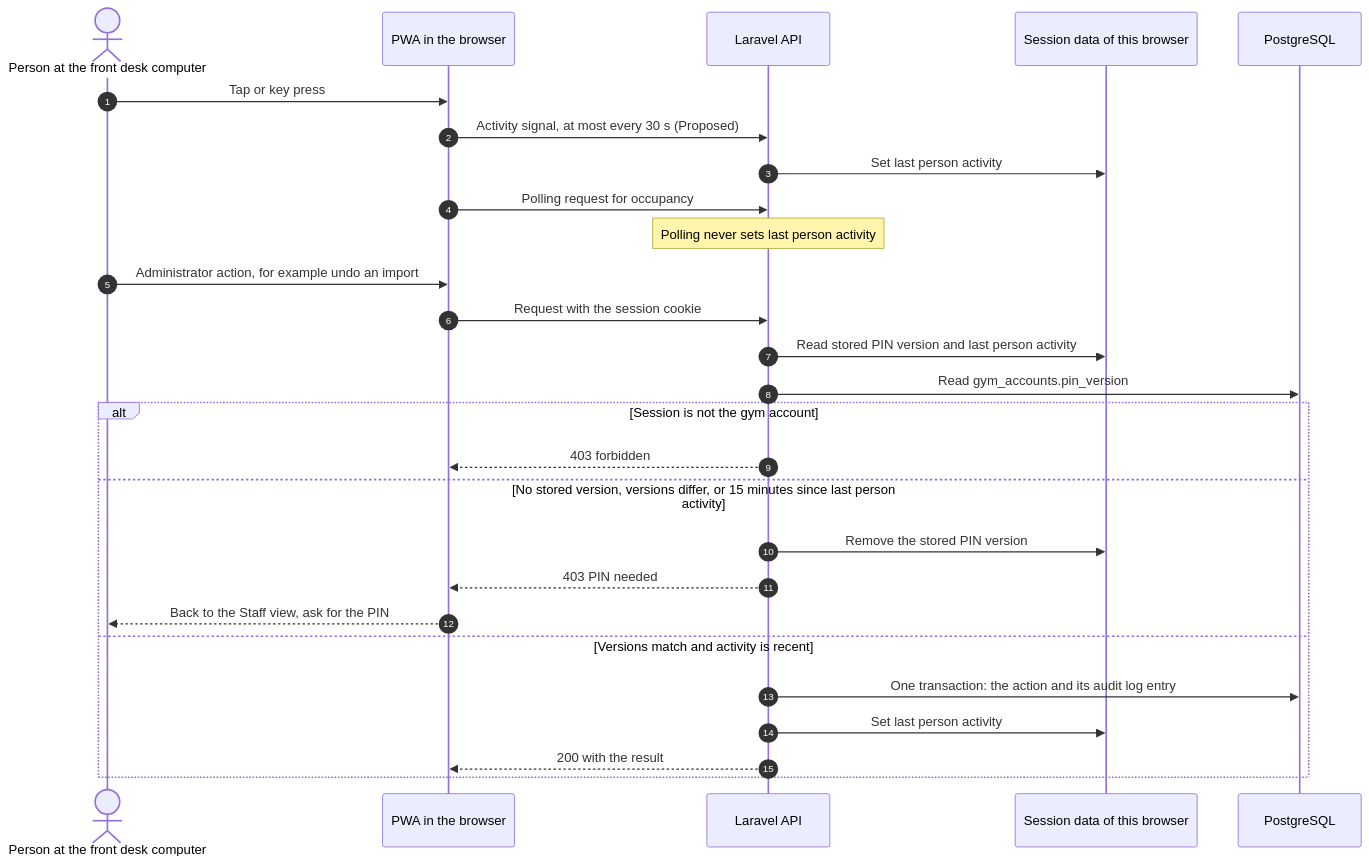
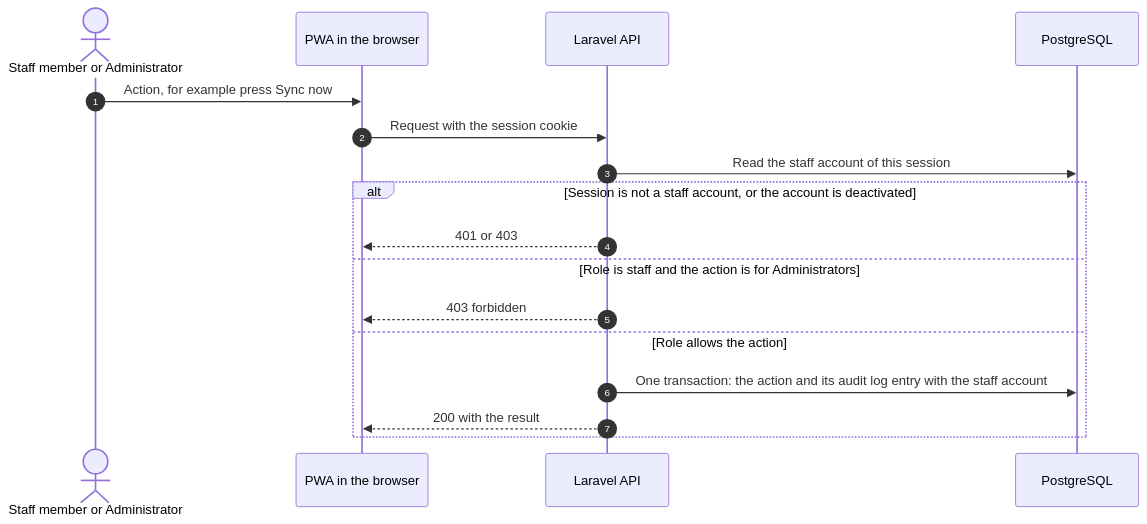
One commit to Th3-Minorities/natatorio-gym-app changed the second of 17 diagrams in docs/design/admin-flows.md. Above: the diagram before and after it, drawn with Mermaid. The commit also changed other lines of this file and 8 other files, not shown here.

Commit message:
Update the SRS and design docs for personal staff accounts, check-out, one roster, store sync and the other meeting decisions

````diff
--- a/docs/design/admin-flows.md
+++ b/docs/design/admin-flows.md
@@ -61,29 +50,19 @@
 ```mermaid
 sequenceDiagram
   autonumber
-  actor P as Person at the front desk computer
+  actor P as Staff member or Administrator
   participant F as PWA in the browser
   participant A as Laravel API
-  participant S as Session data of this browser
   participant DB as PostgreSQL
-  P->>F: Tap or key press
-  F->>A: Activity signal, at most every 30 s (Proposed)
-  A->>S: Set last person activity
-  F->>A: Polling request for occupancy
-  Note over A: Polling never sets last person activity
-  P->>F: Administrator action, for example undo an import
+  P->>F: Action, for example press Sync now
   F->>A: Request with the session cookie
-  A->>S: Read stored PIN version and last person activity
-  A->>DB: Read gym_accounts.pin_version
-  alt Session is not the gym account
+  A->>DB: Read the staff account of this session
+  alt Session is not a staff account, or the account is deactivated
+    A-->>F: 401 or 403
+  else Role is staff and the action is for Administrators
     A-->>F: 403 forbidden
-  else No stored version, versions differ, or 15 minutes since last person activity
-    A->>S: Remove the stored PIN version
-    A-->>F: 403 PIN needed
-    F-->>P: Back to the Staff view, ask for the PIN
-  else Versions match and activity is recent
-    A->>DB: One transaction: the action and its audit log entry
-    A->>S: Set last person activity
+  else Role allows the action
+    A->>DB: One transaction: the action and its audit log entry with the staff account
     A-->>F: 200 with the result
   end
 ```
````
